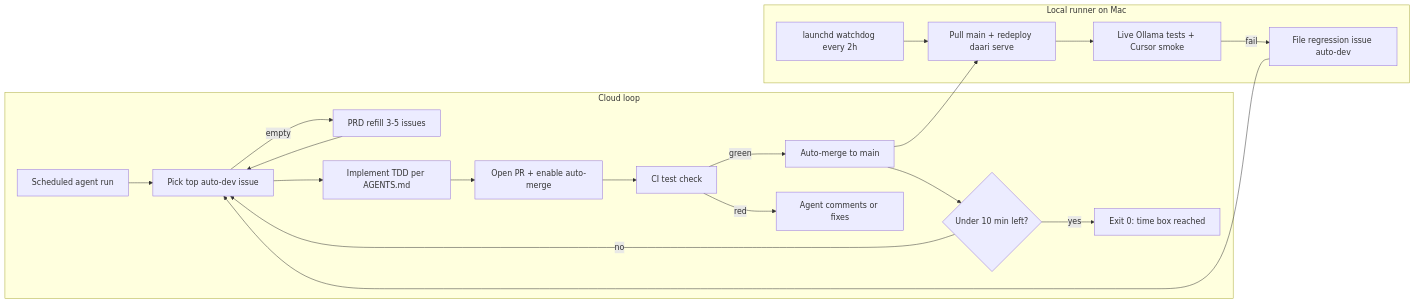
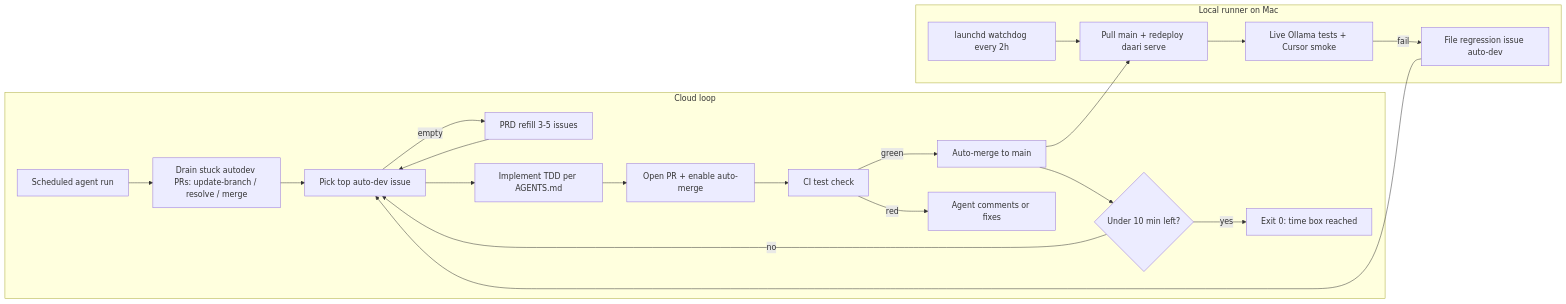
One commit to naveenreddyalka/daari changed the diagram in docs/AUTOMATION.md. Above: the diagram before and after it, drawn with Mermaid. The commit also changed other lines of this file and 6 other files, not shown here.

First line of the commit message:
fix(autodev): drain stuck PRs first; watcher survives label-permission errors (#985)

````diff
--- a/docs/AUTOMATION.md
+++ b/docs/AUTOMATION.md
@@ -7,23 +7,24 @@
 ```mermaid
 flowchart LR
     subgraph cloudLoop [Cloud loop]
-        Sched[Scheduled agent run] --> Pick[Pick top auto-dev issue]
+        Sched[Scheduled agent run] --> Drain[Drain stuck autodev PRs: update-branch / resolve / merge]
+        Drain --> Pick[Pick top auto-dev issue]
         Pick -->|empty| Refill[PRD refill 3-5 issues]
         Refill --> Pick
         Pick --> Impl[Implement TDD per AGENTS.md]
         Impl --> PR[Open PR + enable auto-merge]
         PR --> CI[CI test check]
         CI -->|green| MergeStep[Auto-merge to main]
         CI -->|red| Fix[Agent comments or fixes]
         MergeStep --> Clock{Under 10 min left?}
         Clock -->|no| Pick
         Clock -->|yes| Done[Exit 0: time box reached]
     end
     subgraph macLoop [Local runner on Mac]
         Watch[launchd watchdog every 2h] --> Pull[Pull main + redeploy daari serve]
         Pull --> Live[Live Ollama tests + Cursor smoke]
         Live -->|fail| Issue[File regression issue auto-dev]
     end
     MergeStep --> Pull
     Issue --> Pick
 ```
````
